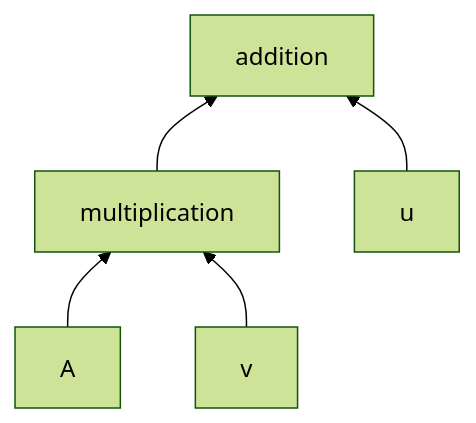
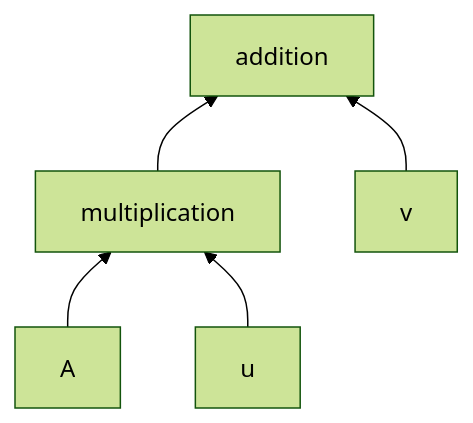
The first of 2 diagrams in README.md (TheFlyingPiano99/TinyLA), drawn with Mermaid (forest theme) before and after one commit. The commit also changed other lines of this file, not shown here.

````diff
--- a/README.md
+++ b/README.md
@@ -165,7 +165,7 @@
 ```mermaid
 graph BT
 A --> B
-v --> B["multiplication"]
+u --> B["multiplication"]
 B --> Add["addition"]
-u --> Add
+v --> Add
 ```
````
